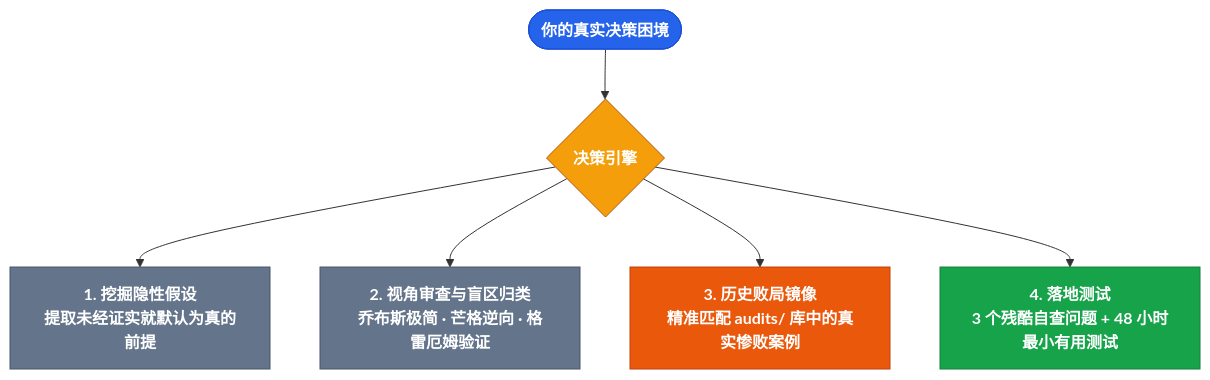
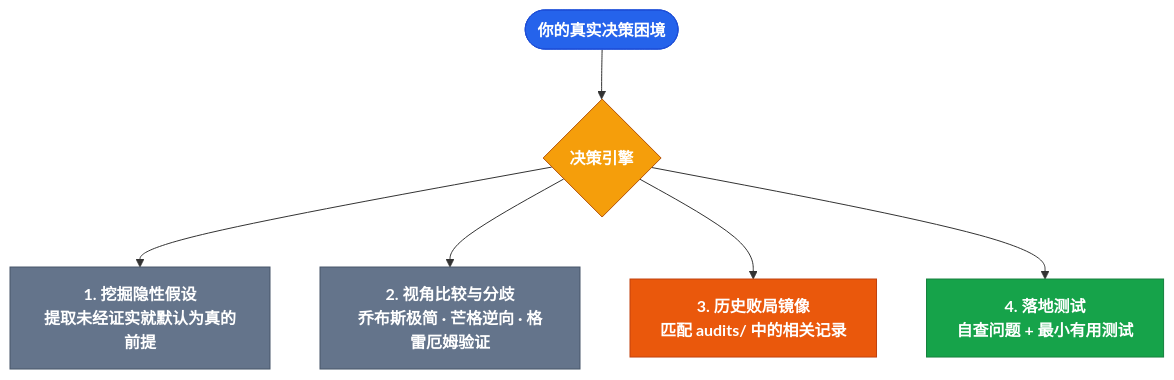
One commit to DOTfei/borrowed-brain-pro changed the diagram in README.zh-CN.md. Above: the diagram before and after it, drawn with Mermaid. The commit also changed other lines of this file and 31 other files, not shown here.

````diff
--- a/README.zh-CN.md
+++ b/README.zh-CN.md
@@ -81,19 +99,15 @@
 ```mermaid
 flowchart TD
     Dilemma(["你的真实决策困境"]):::start --> Engine{"决策引擎"}:::decision
 
-    Engine --> S1["1. 挖掘隐性假设
-提取未经证实就默认为真的前提"]:::action
-    Engine --> S2["2. 视角审查与盲区归类
-乔布斯极简 · 芒格逆向 · 格雷厄姆验证"]:::action
-    Engine --> S3["3. 历史败局镜像
-精准匹配 audits/ 库中的真实惨败案例"]:::warning
-    Engine --> S4["4. 落地测试
-3 个残酷自查问题 + 48 小时最小有用测试"]:::success
+    Engine --> S1["1. 挖掘隐性假设<br/>提取未经证实就默认为真的前提"]:::action
+    Engine --> S2["2. 视角比较与分歧<br/>乔布斯极简 · 芒格逆向 · 格雷厄姆验证"]:::action
+    Engine --> S3["3. 历史败局镜像<br/>匹配 audits/ 中的相关记录"]:::warning
+    Engine --> S4["4. 落地测试<br/>自查问题 + 最小有用测试"]:::success
 
     classDef start fill:#2563eb,stroke:#1d4ed8,color:#ffffff,font-weight:bold
     classDef decision fill:#f59e0b,stroke:#b45309,color:#ffffff,font-weight:bold
     classDef action fill:#64748b,stroke:#475569,color:#ffffff,font-weight:bold
     classDef warning fill:#ea580c,stroke:#c2410c,color:#ffffff,font-weight:bold
     classDef success fill:#16a34a,stroke:#15803d,color:#ffffff,font-weight:bold
 ```
````
